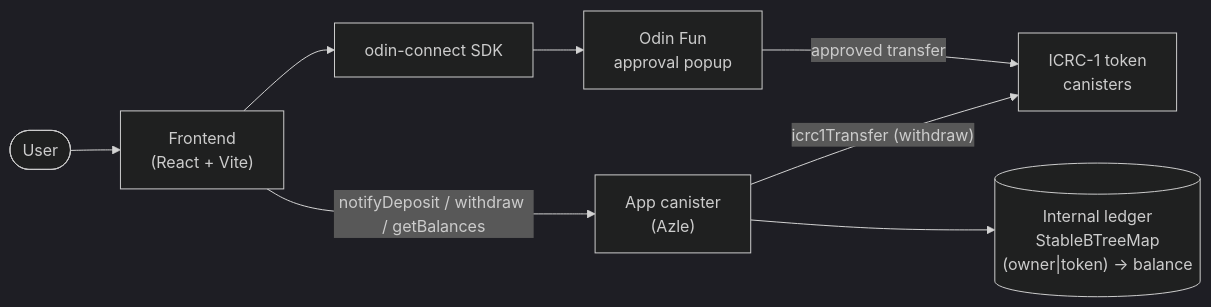
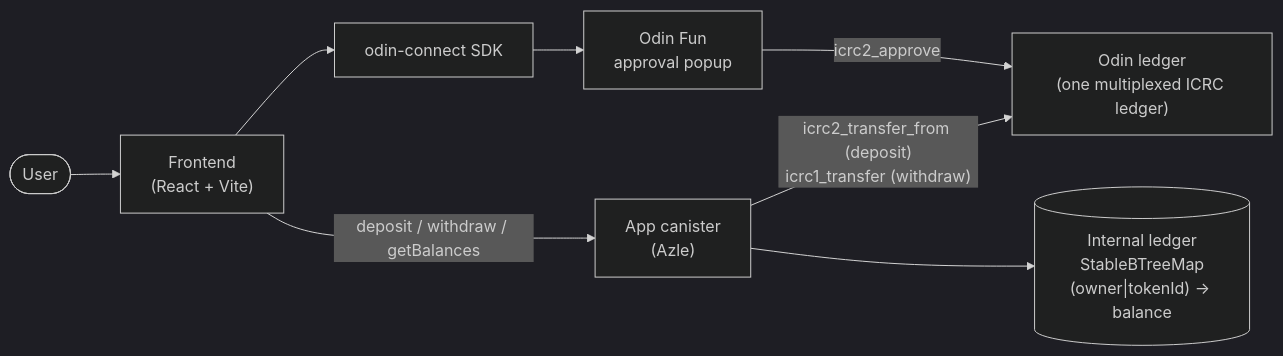
One commit to Toniq-Labs/odin-app-template changed the diagram in README.md. Above: the diagram before and after it, drawn with Mermaid (dark theme). The commit also changed other lines of this file, not shown here.

First line of the commit message:
docs: align README with permissionless deposit flow

````diff
--- a/README.md
+++ b/README.md
@@ -13,18 +13,18 @@
 ```mermaid
 flowchart LR
     user([User])
     fe["Frontend<br/>(React + Vite)"]
     oc["odin-connect SDK"]
     popup["Odin Fun<br/>approval popup"]
     can["App canister<br/>(Azle)"]
-    ledger[("Internal ledger<br/>StableBTreeMap<br/>(owner|token) → balance")]
-    icrc["ICRC-1 token<br/>canisters"]
+    ledger[("Internal ledger<br/>StableBTreeMap<br/>(owner|tokenId) → balance")]
+    odin["Odin ledger<br/>(one multiplexed ICRC ledger)"]
 
     user --> fe
     fe --> oc
     oc --> popup
-    popup -->|approved transfer| icrc
-    fe -->|"notifyDeposit / withdraw / getBalances"| can
+    popup -->|icrc2_approve| odin
+    fe -->|"deposit / withdraw / getBalances"| can
     can --> ledger
-    can -->|"icrc1Transfer (withdraw)"| icrc
+    can -->|"icrc2_transfer_from (deposit)<br/>icrc1_transfer (withdraw)"| odin
 ```
````
